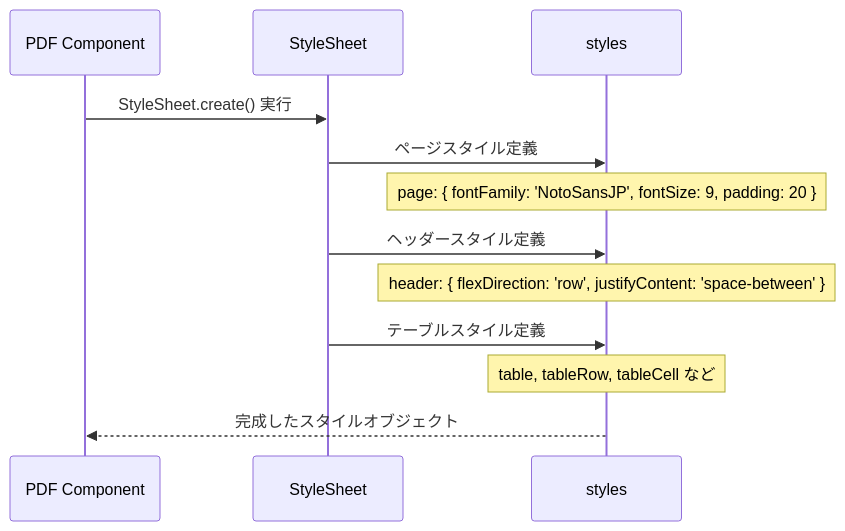
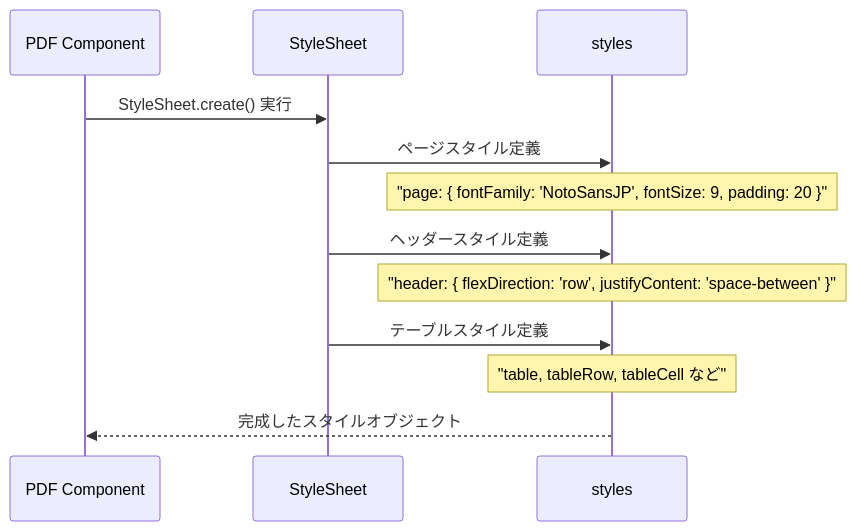
One commit to wasabi49/ocs-systemDevelopmentExercises changed the second of 10 diagrams in document/components/sequence/PDF.md. Above: the diagram before and after it, drawn with Mermaid. The commit also changed other lines of this file and 42 other files, not shown here.

First line of the commit message:
fix: mermaidシーケンス図のNote over文でダブルクォーテーション不足を修正

````diff
--- a/document/components/sequence/PDF.md
+++ b/document/components/sequence/PDF.md
@@ -24,15 +24,15 @@
 ```mermaid
 sequenceDiagram
     participant PDFComp as PDF Component
     participant StyleSheet as StyleSheet
     participant Styles as styles
 
     PDFComp->>StyleSheet: StyleSheet.create() 実行
     StyleSheet->>Styles: ページスタイル定義
-    Note over Styles: page: { fontFamily: 'NotoSansJP', fontSize: 9, padding: 20 }
+    Note over Styles: "page: { fontFamily: 'NotoSansJP', fontSize: 9, padding: 20 }"
     StyleSheet->>Styles: ヘッダースタイル定義
-    Note over Styles: header: { flexDirection: 'row', justifyContent: 'space-between' }
+    Note over Styles: "header: { flexDirection: 'row', justifyContent: 'space-between' }"
     StyleSheet->>Styles: テーブルスタイル定義
-    Note over Styles: table, tableRow, tableCell など
+    Note over Styles: "table, tableRow, tableCell など"
     Styles-->>PDFComp: 完成したスタイルオブジェクト
 ```
````
